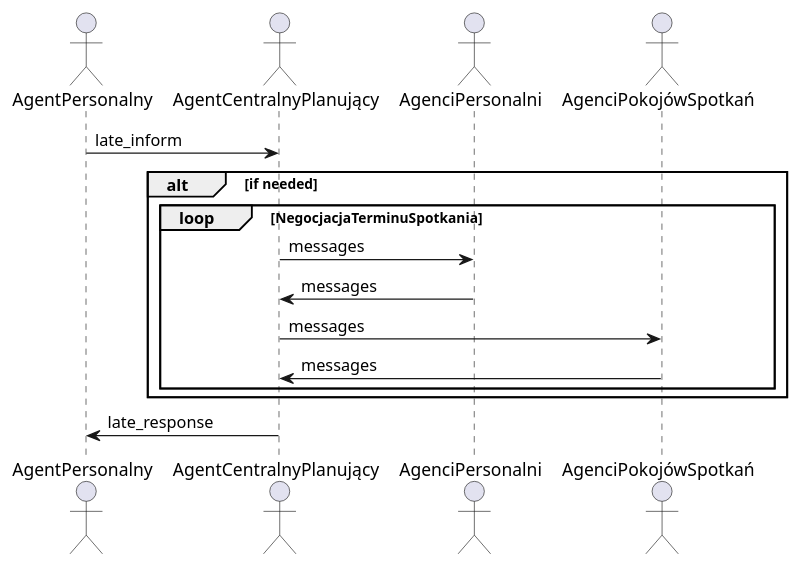
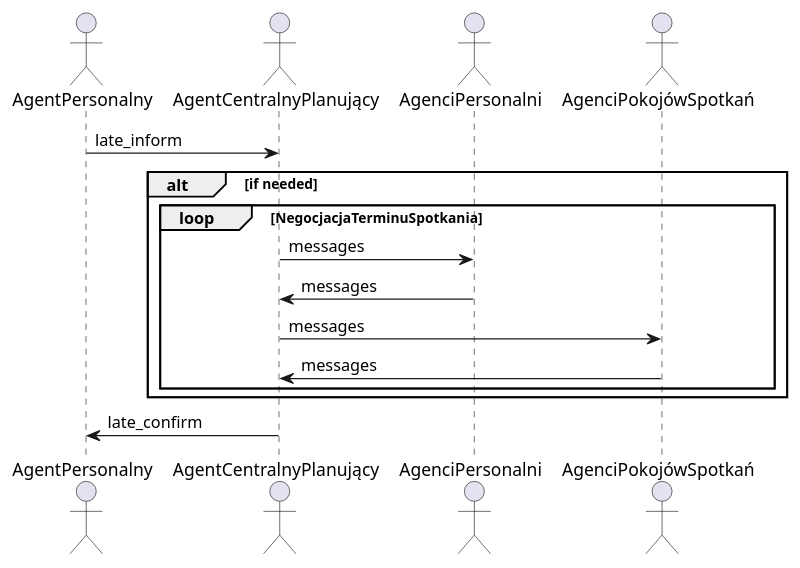
The diagram in project_description/diagrams_src/InformowanieOSpóźnieniu.puml (michalMilewski-8/SmartBuilding_Agent_MiNI_Project), drawn with PlantUML before and after one commit. The commit also changed 6 other files, not shown here.

```diff
--- a/project_description/diagrams_src/InformowanieOSpóźnieniu.puml
+++ b/project_description/diagrams_src/InformowanieOSpóźnieniu.puml
@@ -1,18 +1,18 @@
 @startuml
 actor AgentPersonalny
 actor AgentCentralnyPlanujący
 actor AgenciPersonalni
 actor AgenciPokojówSpotkań
 
 AgentPersonalny -> AgentCentralnyPlanujący : late_inform
 alt if needed
 	loop NegocjacjaTerminuSpotkania
 		AgentCentralnyPlanujący -> AgenciPersonalni : messages
 		AgenciPersonalni -> AgentCentralnyPlanujący : messages
 		AgentCentralnyPlanujący -> AgenciPokojówSpotkań : messages
 		AgenciPokojówSpotkań -> AgentCentralnyPlanujący : messages
 	end
 end
-AgentCentralnyPlanujący -> AgentPersonalny : late_response
+AgentCentralnyPlanujący -> AgentPersonalny : late_confirm
 
 @enduml
```
